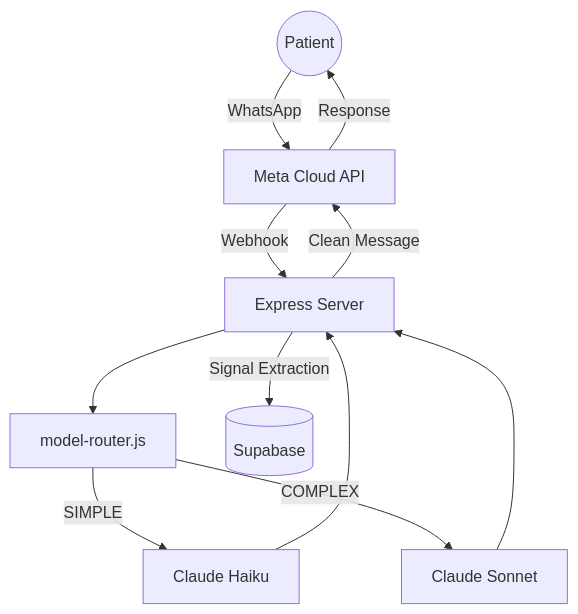
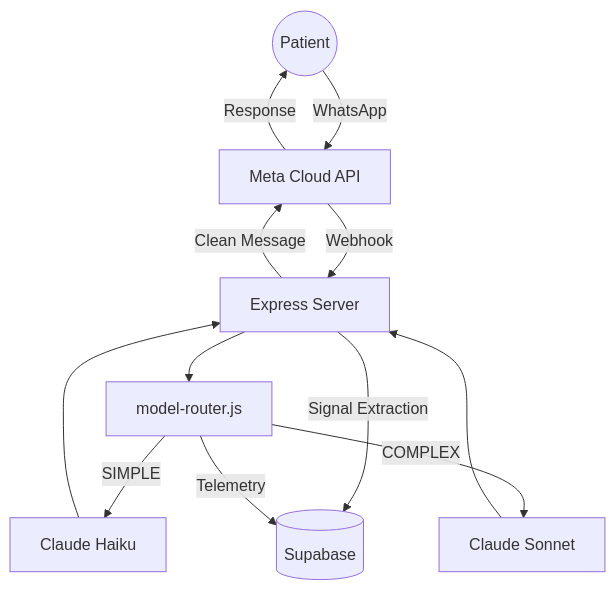
Before and after one commit to leosalazarn/valeria-dental-bot: the diagram in README.md, drawn with Mermaid. The commit also changed other lines of this file and 5 other files, not shown here.

First line of the commit message:
docs: update all markdown files for router telemetry, fix stale model names and constants

````diff
--- a/README.md
+++ b/README.md
@@ -59,13 +60,14 @@
 ```mermaid
 flowchart TD
     User((Patient)) -- WhatsApp --> Meta[Meta Cloud API]
     Meta -- Webhook --> Express[Express Server]
     Express --> Router[model-router.js]
     Router -- SIMPLE --> Haiku[Claude Haiku]
     Router -- COMPLEX --> Sonnet[Claude Sonnet]
     Haiku --> Express
     Sonnet --> Express
     Express -- Signal Extraction --> DB[(Supabase)]
+    Router -- Telemetry --> DB
     Express -- Clean Message --> Meta
     Meta -- Response --> User
 ```
````
